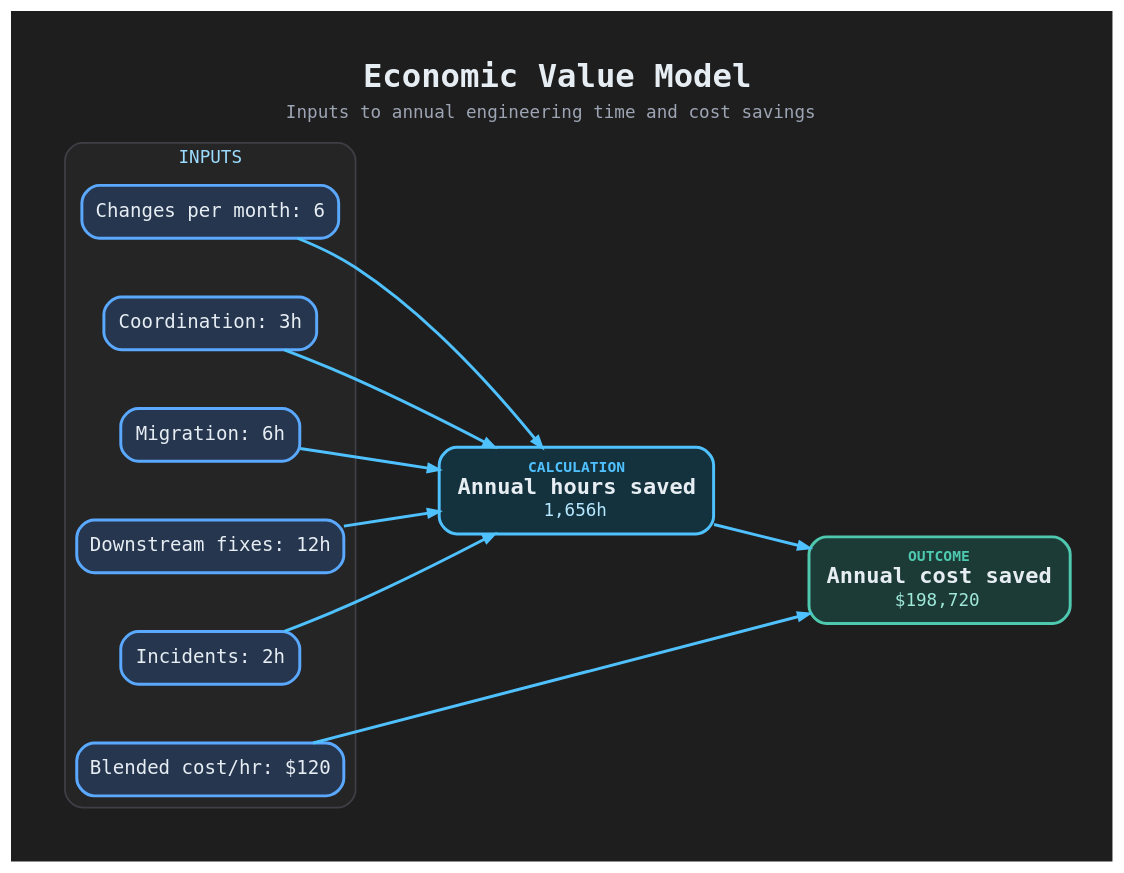
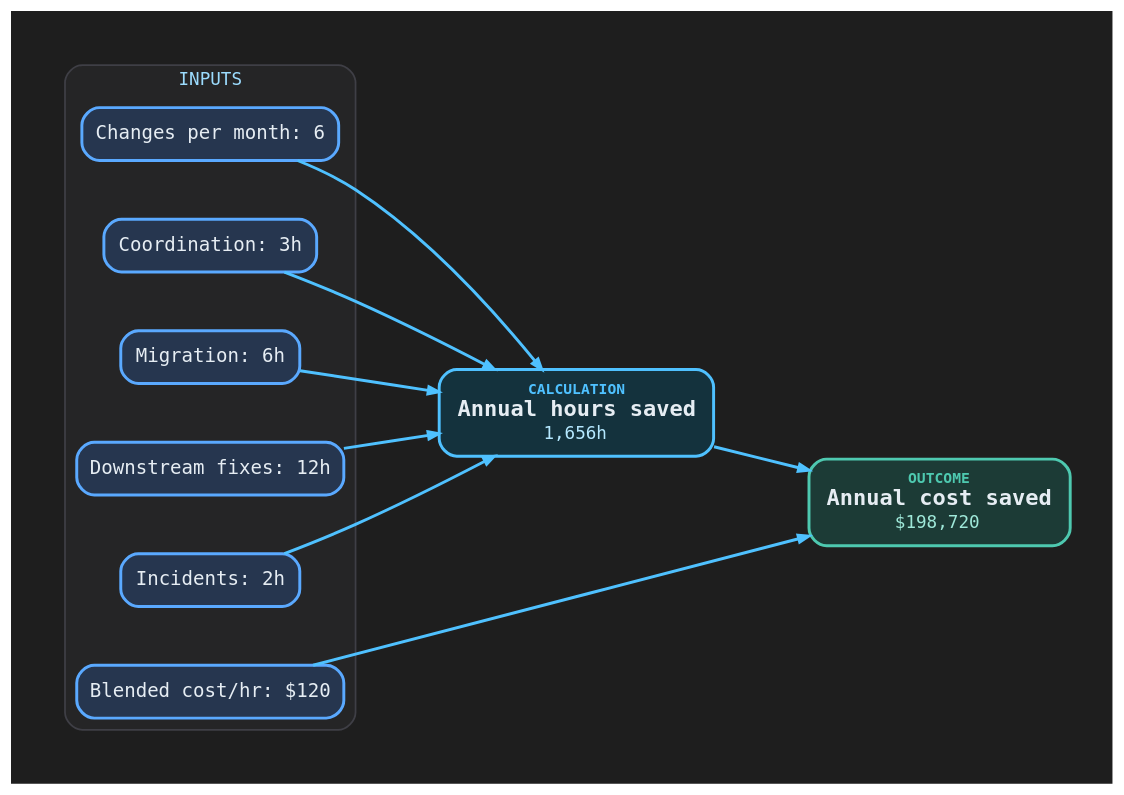
Before and after one commit to cronologi/schemalution: the diagram in assets/diagrams/economic-value.dot, drawn with Graphviz. The commit also changed 16 other files, not shown here.

```diff
--- a/assets/diagrams/economic-value.dot
+++ b/assets/diagrams/economic-value.dot
@@ -1,88 +1,81 @@
 digraph economic_value {
   graph [
     rankdir=LR,
     bgcolor="#1E1E1E",
     pad="0.40",
     nodesep="0.55",
     ranksep="0.9",
     fontname="Cascadia Code, DejaVu Sans Mono, Noto Mono",
-    fontsize=15,
-    labelloc="t",
-    label=<
-      <TABLE BORDER="0" CELLBORDER="0" CELLPADDING="2" CELLSPACING="0">
-        <TR><TD ALIGN="CENTER"><FONT POINT-SIZE="22" COLOR="#E6EDF3"><B>Economic Value Model</B></FONT></TD></TR>
-        <TR><TD ALIGN="CENTER"><FONT POINT-SIZE="12" COLOR="#9DA5B4">Inputs to annual engineering time and cost savings</FONT></TD></TR>
-      </TABLE>
-    >
+    fontsize=15
   ];
 
   node [
     shape=box,
     style="rounded,filled",
     penwidth=2,
     fontname="Cascadia Code, DejaVu Sans Mono, Noto Mono",
     fontsize=13,
     fontcolor="#E6EDF3",
     margin="0.16,0.12"
   ];
 
   edge [
     color="#4FC1FF",
     penwidth=2,
     arrowsize=0.7
   ];
 
   subgraph cluster_inputs {
     label="INPUTS";
     labelloc=t;
     labeljust=c;
     fontsize=12;
     fontname="Cascadia Code, DejaVu Sans Mono, Noto Mono";
     fontcolor="#9CDCFE";
     color="#3F3F46";
     fillcolor="#252526";
     style="rounded,filled";
     penwidth=1.2;
 
     A [label="Changes per month: 6", fillcolor="#26364F", color="#5AA9FF", fontcolor="#E6EDF3"];
     B [label="Coordination: 3h", fillcolor="#26364F", color="#5AA9FF", fontcolor="#E6EDF3"];
     C [label="Migration: 6h", fillcolor="#26364F", color="#5AA9FF", fontcolor="#E6EDF3"];
     D [label="Downstream fixes: 12h", fillcolor="#26364F", color="#5AA9FF", fontcolor="#E6EDF3"];
     E [label="Incidents: 2h", fillcolor="#26364F", color="#5AA9FF", fontcolor="#E6EDF3"];
     F [label="Blended cost/hr: $120", fillcolor="#26364F", color="#5AA9FF", fontcolor="#E6EDF3"];
   }
 
   G [
     label=<
       <TABLE BORDER="0" CELLBORDER="0" CELLPADDING="0" CELLSPACING="0">
         <TR><TD ALIGN="CENTER"><FONT POINT-SIZE="10" COLOR="#4FC1FF"><B>CALCULATION</B></FONT></TD></TR>
         <TR><TD ALIGN="CENTER"><FONT POINT-SIZE="15" COLOR="#E6EDF3"><B>Annual hours saved</B></FONT></TD></TR>
         <TR><TD ALIGN="CENTER"><FONT POINT-SIZE="12" COLOR="#B5E8FF">1,656h</FONT></TD></TR>
       </TABLE>
     >,
     fillcolor="#14323D",
     color="#4FC1FF",
     fontcolor="#E6EDF3"
   ];
 
   H [
     label=<
       <TABLE BORDER="0" CELLBORDER="0" CELLPADDING="0" CELLSPACING="0">
         <TR><TD ALIGN="CENTER"><FONT POINT-SIZE="10" COLOR="#4EC9B0"><B>OUTCOME</B></FONT></TD></TR>
         <TR><TD ALIGN="CENTER"><FONT POINT-SIZE="15" COLOR="#E6EDF3"><B>Annual cost saved</B></FONT></TD></TR>
         <TR><TD ALIGN="CENTER"><FONT POINT-SIZE="12" COLOR="#9FE8D9">$198,720</FONT></TD></TR>
       </TABLE>
     >,
     fillcolor="#1C3B36",
     color="#4EC9B0",
     fontcolor="#E6EDF3"
   ];
 
   A -> G;
   B -> G;
   C -> G;
   D -> G;
   E -> G;
   G -> H;
   F -> H;
 }
```
